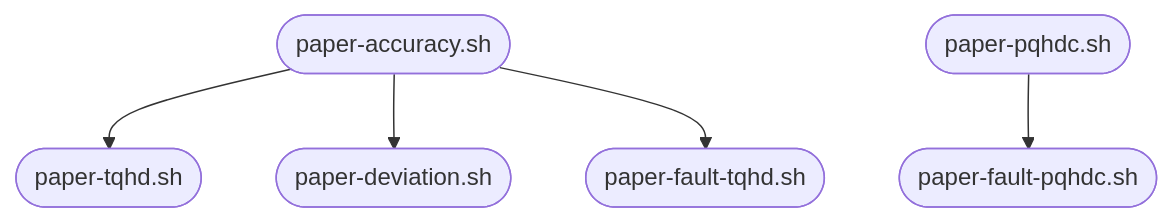
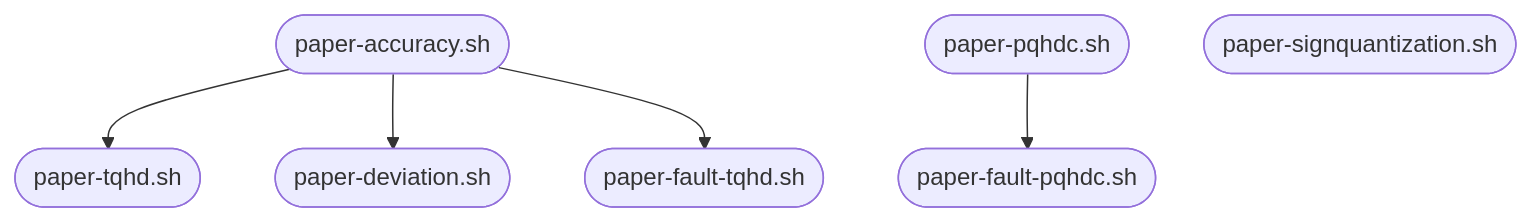
The diagram in README.md (cravieira/tqhd), drawn with Mermaid before and after one commit. The commit also changed other lines of this file, not shown here.

````diff
--- a/README.md
+++ b/README.md
@@ -105,14 +117,15 @@
 ```mermaid
 flowchart TD
     paper-accuracy(["paper-accuracy.sh"])
     paper-deviation(["paper-deviation.sh"])
     paper-tqhd(["paper-tqhd.sh"])
     paper-pqhdc(["paper-pqhdc.sh"])
     paper-fault-pqhdc(["paper-fault-pqhdc.sh"])
     paper-fault-tqhd(["paper-fault-tqhd.sh"])
+		paper-signquantization(["paper-signquantization.sh"])
 
     paper-accuracy --> paper-tqhd
     paper-accuracy --> paper-deviation
     paper-accuracy --> paper-fault-tqhd
     paper-pqhdc --> paper-fault-pqhdc
 ```
````
